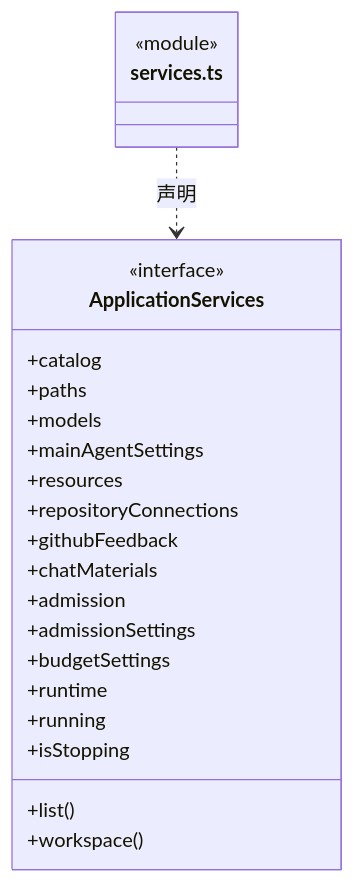
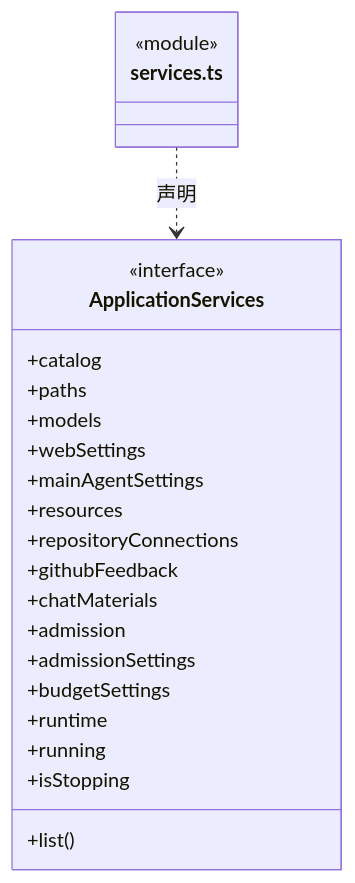
Before and after one commit to nan023062/cbim: diagram 12 of 22 in src/backend/main/ipc/ARCHITECTURE.md, drawn with Mermaid. The commit also changed other lines of this file and 41 other files, not shown here.

````diff
--- a/src/backend/main/ipc/ARCHITECTURE.md
+++ b/src/backend/main/ipc/ARCHITECTURE.md
@@ -173,26 +173,26 @@
 ```mermaid
 classDiagram
 class N_src_backend_main_ipc_services_ts["services.ts"] {
   <<module>>
 }
 class N_src_backend_main_ipc_services_ts_ApplicationServices["ApplicationServices"] {
   <<interface>>
   +catalog
   +paths
   +models
+  +webSettings
   +mainAgentSettings
   +resources
   +repositoryConnections
   +githubFeedback
   +chatMaterials
   +admission
   +admissionSettings
   +budgetSettings
   +runtime
   +running
   +isStopping
   +list()
-  +workspace()
 }
 N_src_backend_main_ipc_services_ts ..> N_src_backend_main_ipc_services_ts_ApplicationServices : 声明
 ```
````
